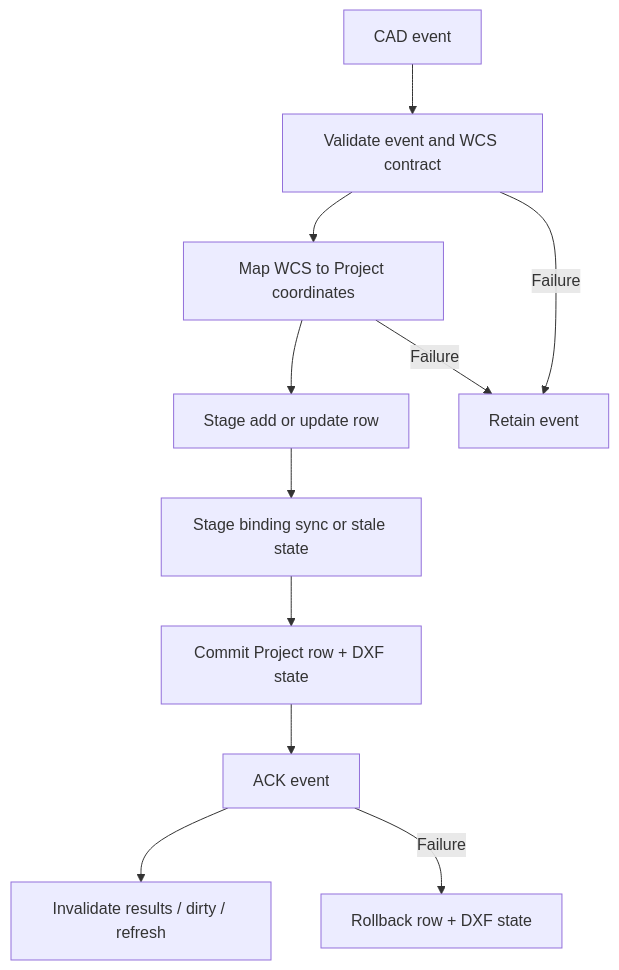
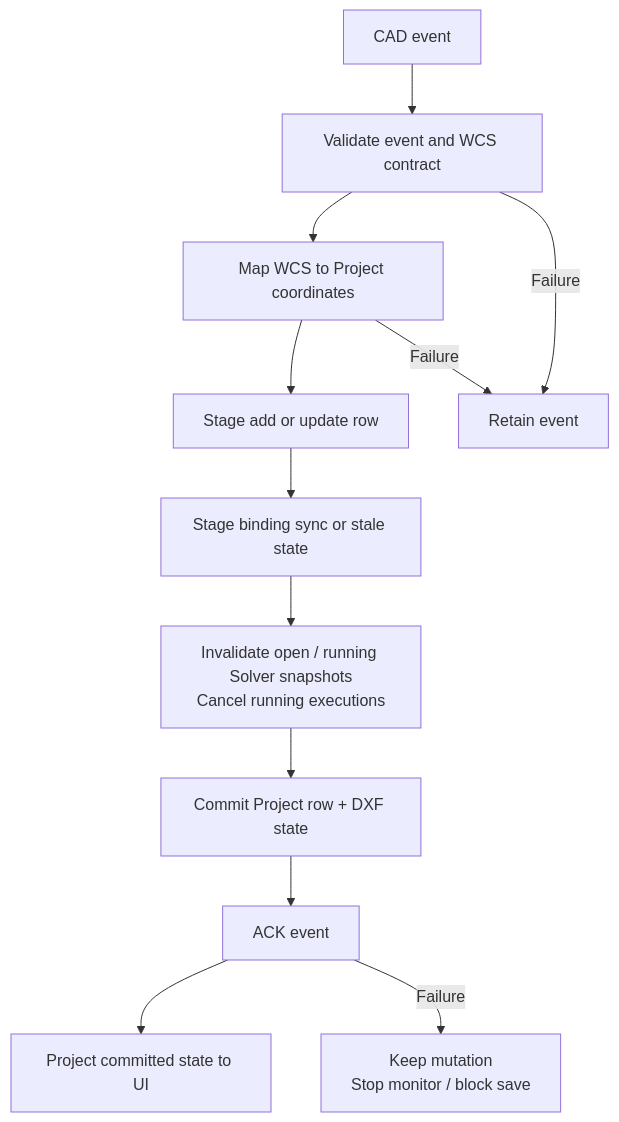
Before and after one commit to Chuang-Chun-An/bracing-optimizer: the eighth of 9 diagrams in docs/WORKFLOW.md, drawn with Mermaid. The commit also changed other lines of this file and 443 other files, not shown here.

````diff
--- a/docs/WORKFLOW.md
+++ b/docs/WORKFLOW.md
@@ -646,13 +765,14 @@
 ```mermaid
 flowchart TD
     Event[CAD event] --> Validate[Validate event and WCS contract]
     Validate --> Map[Map WCS to Project coordinates]
     Map --> StageRow[Stage add or update row]
     StageRow --> StageDxf[Stage binding sync or stale state]
-    StageDxf --> Commit[Commit Project row + DXF state]
+    StageDxf --> Invalidate[Invalidate open / running Solver snapshots<br/>Cancel running executions]
+    Invalidate --> Commit[Commit Project row + DXF state]
     Commit --> Ack[ACK event]
-    Ack --> Post[Invalidate results / dirty / refresh]
+    Ack --> Post[Project committed state to UI]
     Validate -->|Failure| Retain[Retain event]
     Map -->|Failure| Retain
-    Ack -->|Failure| Rollback[Rollback row + DXF state]
+    Ack -->|Failure| Unresolved[Keep mutation<br/>Stop monitor / block save]
 ```
````
